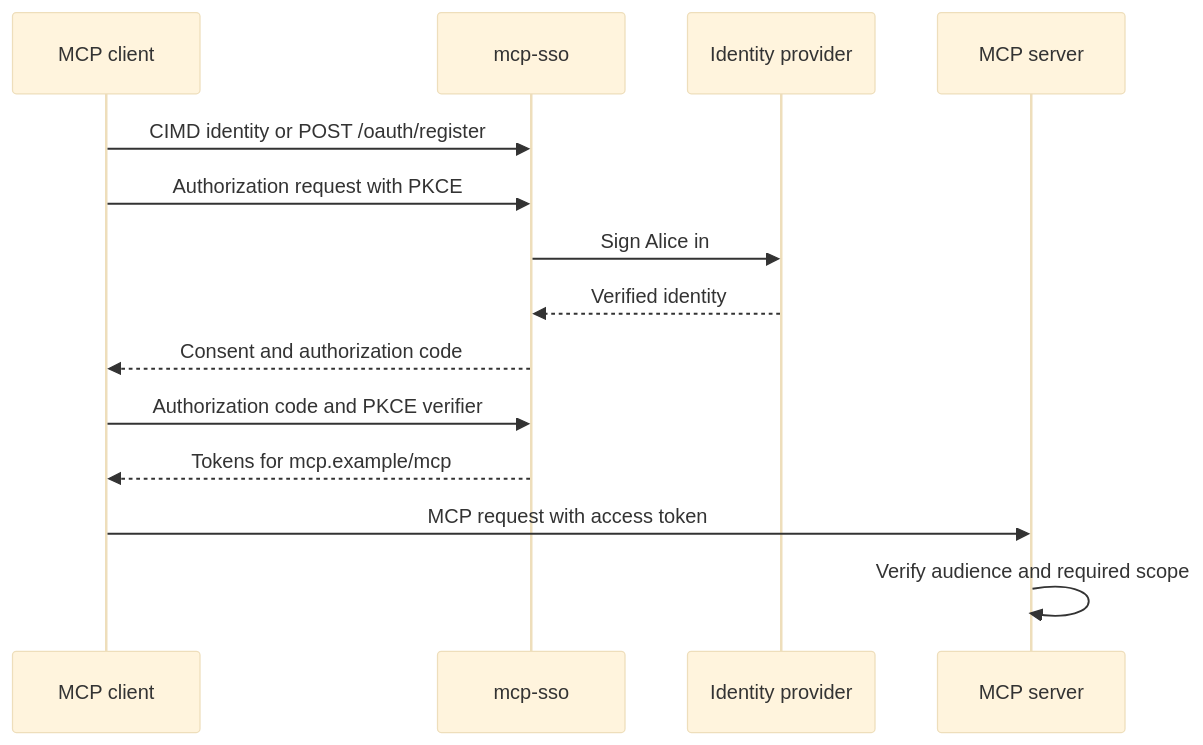
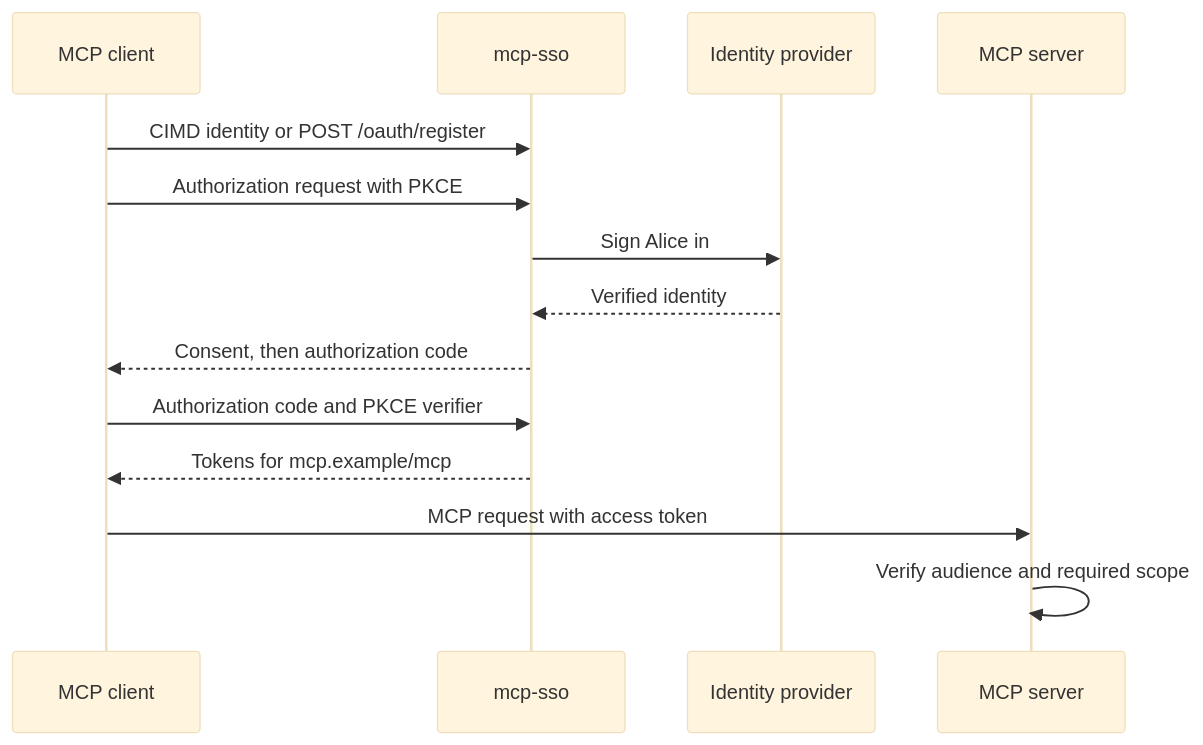
One commit to acartag7/mcp-sso changed the diagram in README.md. Above: the diagram before and after it, drawn with Mermaid (base theme). The commit also changed other lines of this file and 1 other file, not shown here.

````diff
--- a/README.md
+++ b/README.md
@@ -28,16 +54,16 @@
 ```mermaid
 sequenceDiagram
     participant C as MCP client
     participant B as mcp-sso
     participant I as Identity provider
     participant S as MCP server
     C->>B: CIMD identity or POST /oauth/register
     C->>B: Authorization request with PKCE
     B->>I: Sign Alice in
     I-->>B: Verified identity
-    B-->>C: Consent and authorization code
+    B-->>C: Consent, then authorization code
     C->>B: Authorization code and PKCE verifier
     B-->>C: Tokens for mcp.example/mcp
     C->>S: MCP request with access token
     S->>S: Verify audience and required scope
 ```
````
